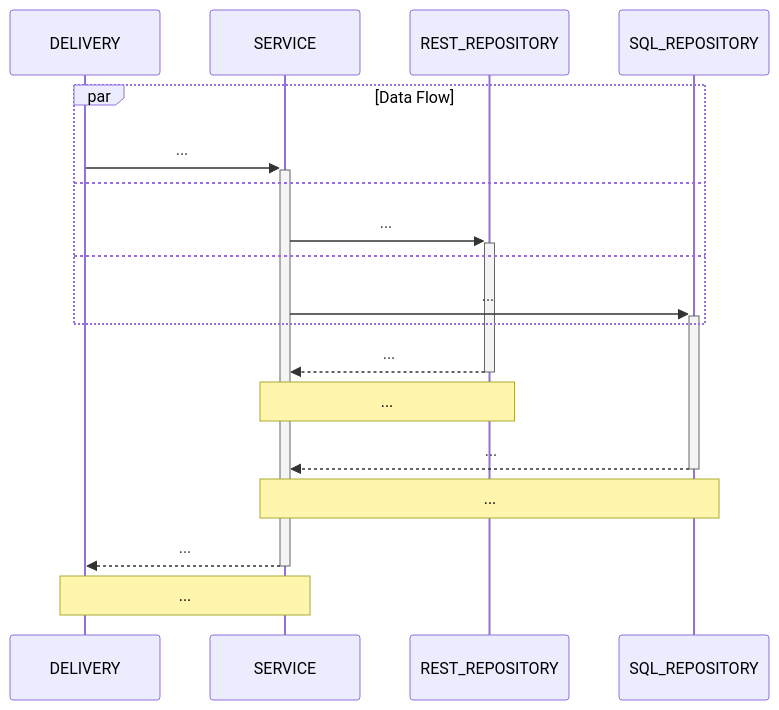
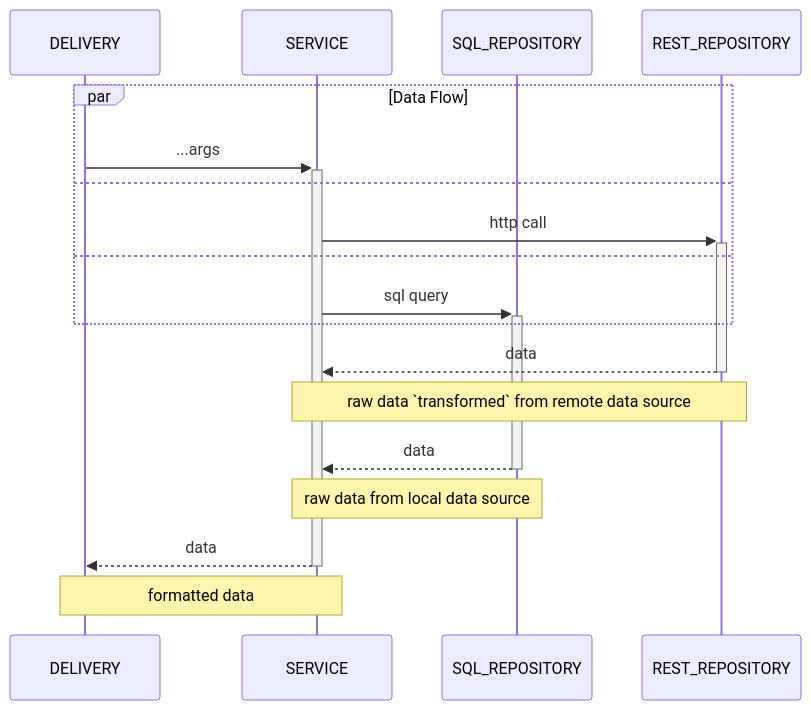
Before and after one commit to aasumitro/pokewar: the second of 2 diagrams in README.md, drawn with Mermaid. The commit also changed other lines of this file and 29 other files, not shown here.

````diff
--- a/README.md
+++ b/README.md
@@ -84,24 +86,24 @@
 ```mermaid
    sequenceDiagram
         participant DELIVERY
         participant SERVICE
+        participant SQL_REPOSITORY
         participant REST_REPOSITORY
-        participant SQL_REPOSITORY
         par Data Flow
-            DELIVERY->>+SERVICE: ...
+            DELIVERY->>+SERVICE: ...args
         and
-            SERVICE->>+REST_REPOSITORY: ...
+            SERVICE->>+REST_REPOSITORY: http call
         and
-            SERVICE->>+SQL_REPOSITORY: ...
+            SERVICE->>+SQL_REPOSITORY: sql query
         end 
    
      
-        REST_REPOSITORY-->>-SERVICE: ...
-        Note over REST_REPOSITORY,SERVICE: ...
+        REST_REPOSITORY-->>-SERVICE: data
+        Note over REST_REPOSITORY,SERVICE: raw data `transformed` from remote data source
    
-        SQL_REPOSITORY-->>-SERVICE: ...
-        Note over SQL_REPOSITORY,SERVICE: ...
+        SQL_REPOSITORY-->>-SERVICE: data
+        Note over SQL_REPOSITORY,SERVICE: raw data from local data source
         
-        SERVICE-->>-DELIVERY: ...
-        Note over SERVICE,DELIVERY: ...     
+        SERVICE-->>-DELIVERY: data
+        Note over SERVICE,DELIVERY: formatted data  
    ```
````
